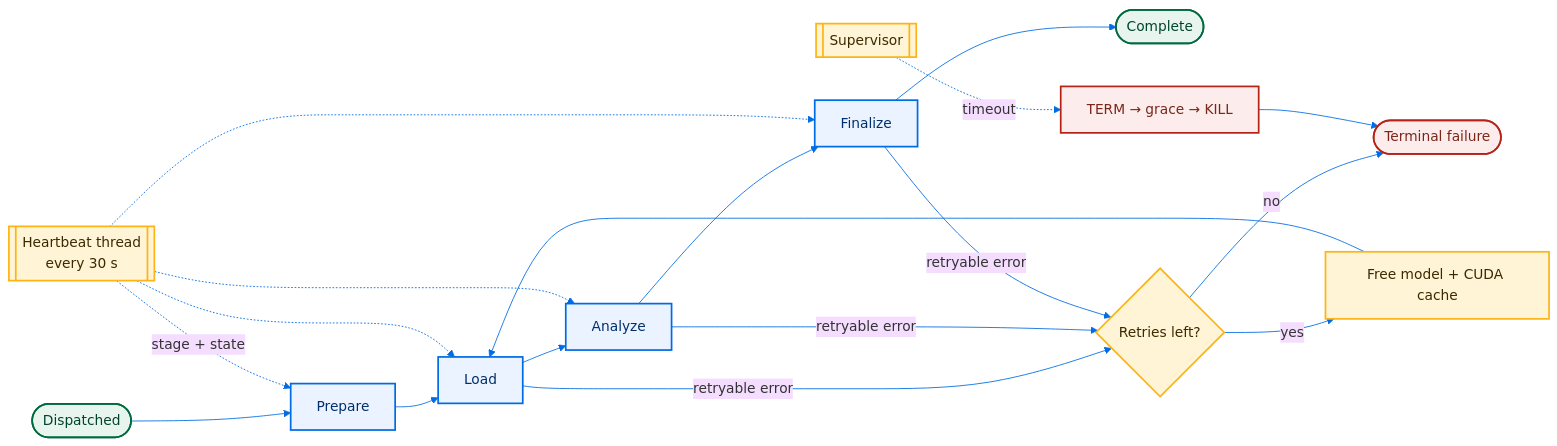
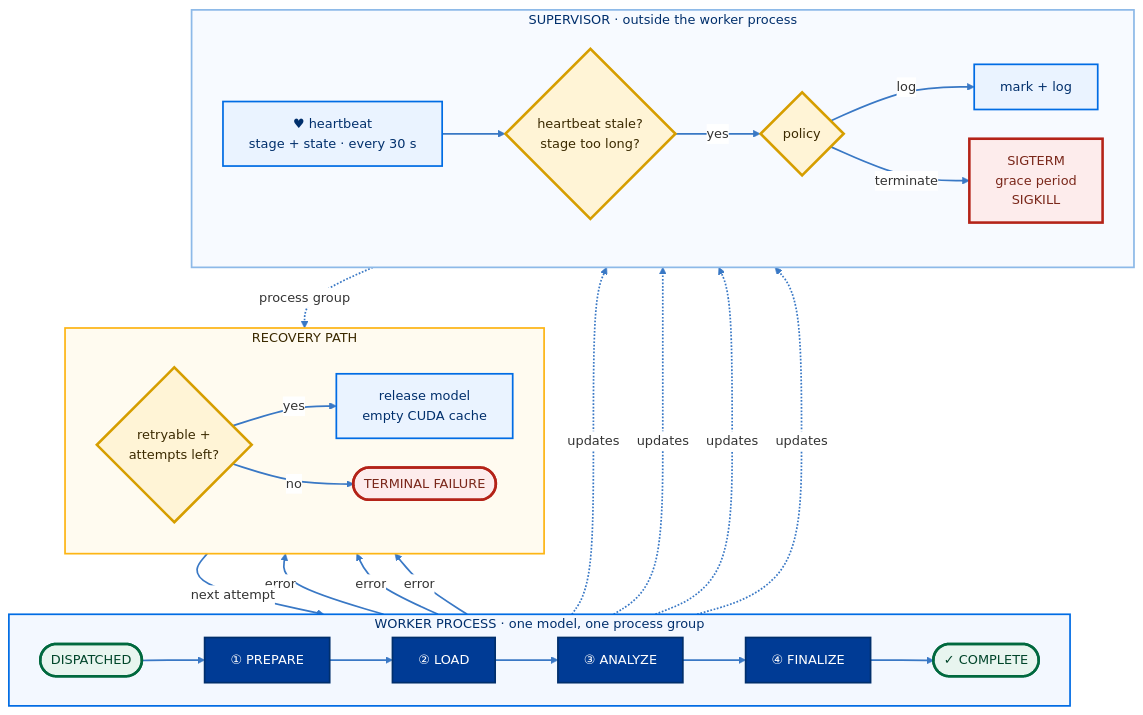
Before and after one commit to RpM-Kinshuk/Model-Zoo: the third of 5 diagrams in README.md, drawn with Mermaid. The commit also changed other lines of this file, not shown here.

````diff
--- a/README.md
+++ b/README.md
@@ -200,32 +233,61 @@
 ```mermaid
-%%{init: {"theme":"base","themeVariables":{"fontFamily":"Inter, ui-sans-serif, system-ui","lineColor":"#006CE4"}}}%%
-flowchart LR
-    START([Dispatched]) --> PREP[Prepare]
-    PREP --> LOAD[Load]
-    LOAD --> ANALYZE[Analyze]
-    ANALYZE --> SAVE[Finalize]
-    SAVE --> OK([Complete])
+%%{init: {"theme":"base","flowchart":{"curve":"basis","nodeSpacing":34,"rankSpacing":48},"themeVariables":{"fontFamily":"Inter, ui-sans-serif, system-ui","fontSize":"15px","lineColor":"#3978C5","clusterBkg":"#F7FAFF","clusterBorder":"#8DB9E8","edgeLabelBackground":"#FFFFFF"}}}%%
+flowchart TB
+    subgraph WORKER["WORKER PROCESS  ·  one model, one process group"]
+        direction LR
+        START(["DISPATCHED"]) --> PREP["① PREPARE"]
+        PREP --> LOAD["② LOAD"]
+        LOAD --> ANALYZE["③ ANALYZE"]
+        ANALYZE --> FINAL["④ FINALIZE"]
+        FINAL --> OK(["✓ COMPLETE"])
+    end
 
-    LOAD -->|retryable error| RETRY{Retries left?}
-    ANALYZE -->|retryable error| RETRY
-    SAVE -->|retryable error| RETRY
-    RETRY -->|yes| CLEAN[Free model + CUDA cache]
-    CLEAN --> LOAD
-    RETRY -->|no| FAIL([Terminal failure])
+    LOAD -->|error| CLASSIFY
+    ANALYZE -->|error| CLASSIFY
+    FINAL -->|error| CLASSIFY
 
-    HEARTBEAT[[Heartbeat thread<br/>every 30 s]] -. stage + state .-> PREP
-    HEARTBEAT -.-> LOAD
-    HEARTBEAT -.-> ANALYZE
-    HEARTBEAT -.-> SAVE
-    WATCH[[Supervisor]] -. timeout .-> KILL[TERM → grace → KILL]
-    KILL --> FAIL
+    subgraph RECOVERY["RECOVERY PATH"]
+        direction LR
+        CLASSIFY{"retryable +<br/>attempts left?"}
+        CLEAN["release model<br/>empty CUDA cache"]
+        FAIL(["TERMINAL FAILURE"])
+        CLASSIFY -->|yes| CLEAN
+        CLASSIFY -->|no| FAIL
+    end
+    CLEAN -->|next attempt| LOAD
 
-    classDef stage fill:#EAF3FF,stroke:#006CE4,color:#002F6C,stroke-width:2px;
-    classDef success fill:#E8F5EF,stroke:#00693E,color:#00452A,stroke-width:2px;
-    classDef warning fill:#FFF4D6,stroke:#FDB515,color:#3B2A00,stroke-width:2px;
-    classDef failure fill:#FDECEC,stroke:#B42318,color:#7A271A,stroke-width:2px;
-    class PREP,LOAD,ANALYZE,SAVE stage;
+    subgraph SUPERVISION["SUPERVISOR  ·  outside the worker process"]
+        direction LR
+        HEART["♥ heartbeat<br/>stage + state · every 30 s"]
+        CLOCKS{"heartbeat stale?<br/>stage too long?"}
+        POLICY{"policy"}
+        LOG["mark + log"]
+        STOP["SIGTERM<br/>grace period<br/>SIGKILL"]
+        HEART --> CLOCKS
+        CLOCKS -->|yes| POLICY
+        POLICY -->|log| LOG
+        POLICY -->|terminate| STOP
+    end
+
+    PREP -. updates .-> HEART
+    LOAD -. updates .-> HEART
+    ANALYZE -. updates .-> HEART
+    FINAL -. updates .-> HEART
+    STOP -. process group .-> FAIL
+
+    classDef stage fill:#003B95,stroke:#002F6C,color:#FFFFFF,stroke-width:2px;
+    classDef success fill:#E8F5EF,stroke:#00693E,color:#00452A,stroke-width:3px;
+    classDef control fill:#EAF3FF,stroke:#006CE4,color:#002F6C,stroke-width:2px;
+    classDef decision fill:#FFF4D6,stroke:#D69E00,color:#3B2A00,stroke-width:3px;
+    classDef failure fill:#FDECEC,stroke:#B42318,color:#7A271A,stroke-width:3px;
     class START,OK success;
-    class RETRY,CLEAN,HEARTBEAT,WATCH warning;
-    class KILL,FAIL failure;
+    class PREP,LOAD,ANALYZE,FINAL stage;
+    class CLEAN,HEART,LOG control;
+    class CLASSIFY,CLOCKS,POLICY decision;
+    class STOP,FAIL failure;
+
+    style WORKER fill:#F3F8FF,stroke:#006CE4,stroke-width:2px,color:#002F6C
+    style RECOVERY fill:#FFFBF0,stroke:#FDB515,stroke-width:2px,color:#3B2A00
+    style SUPERVISION fill:#F7FAFF,stroke:#8DB9E8,stroke-width:2px,color:#002F6C
+    linkStyle default stroke:#3978C5,stroke-width:2px
 ```
````
